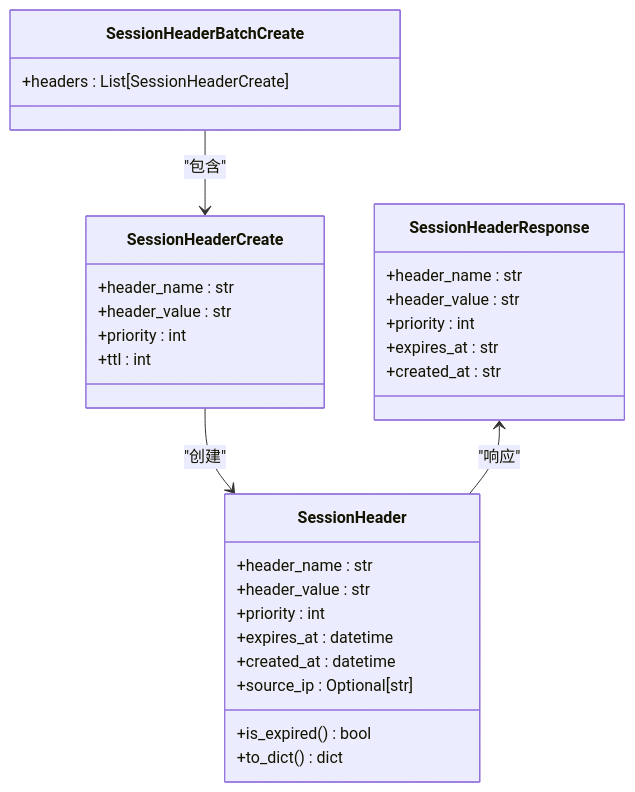
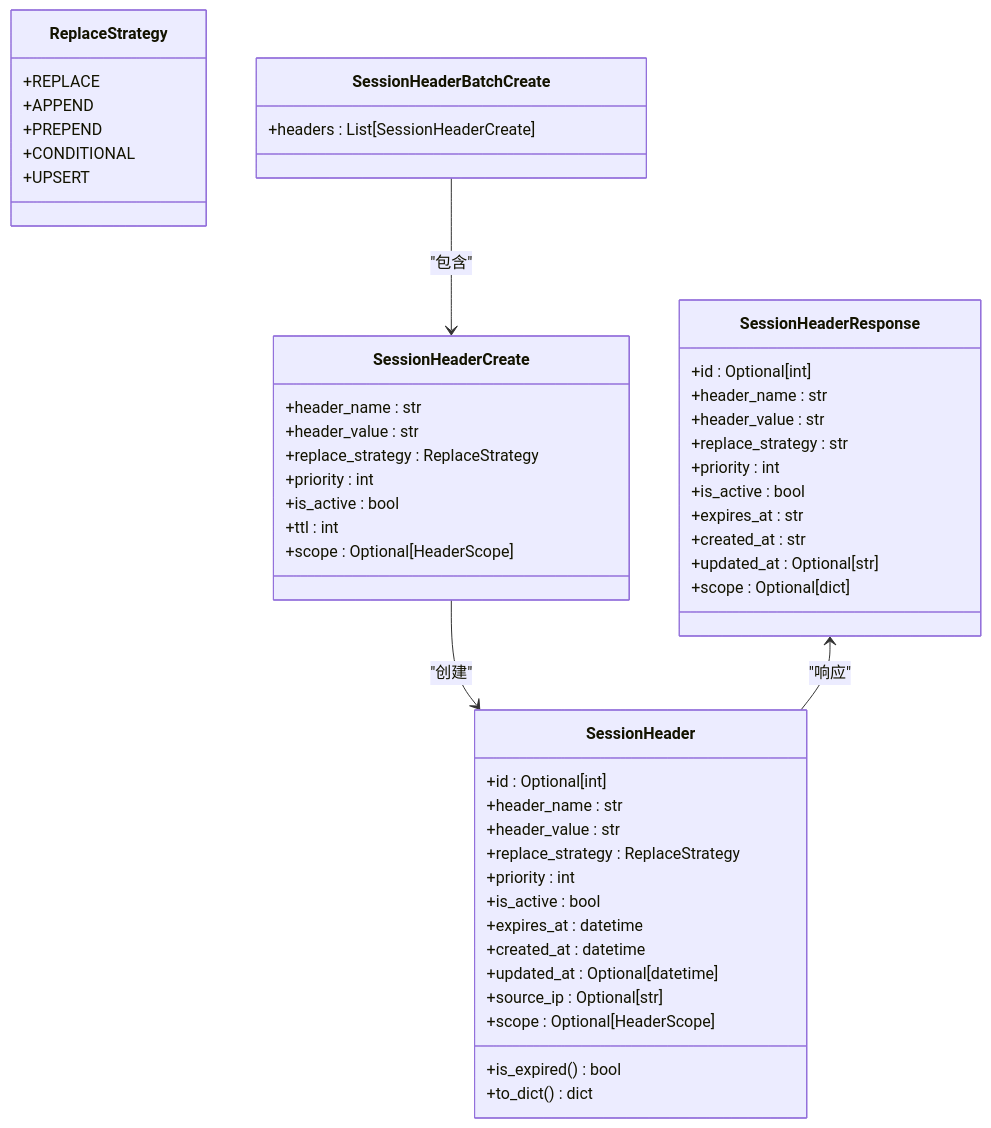
The first of 7 diagrams in .qoder/repowiki/zh/content/数据模型与数据库/会话头管理.md (GitHubNull/sqlmapWebUI), drawn with Mermaid before and after one commit. The commit also changed other lines of this file and 6 other files, not shown here.

First line of the commit message:
docs(documentation): 添加配置管理、任务选项命令行视图及Burp Suite相关文档

````diff
--- a/.qoder/repowiki/zh/content/数据模型与数据库/会话头管理.md
+++ b/.qoder/repowiki/zh/content/数据模型与数据库/会话头管理.md
@@ -69,32 +93,52 @@
 ```mermaid
 classDiagram
+class ReplaceStrategy {
++REPLACE
++APPEND
++PREPEND
++CONDITIONAL
++UPSERT
+}
 class SessionHeader {
++id : Optional[int]
 +header_name : str
 +header_value : str
++replace_strategy : ReplaceStrategy
 +priority : int
++is_active : bool
 +expires_at : datetime
 +created_at : datetime
++updated_at : Optional[datetime]
 +source_ip : Optional[str]
++scope : Optional[HeaderScope]
 +is_expired() bool
 +to_dict() dict
 }
 class SessionHeaderCreate {
 +header_name : str
 +header_value : str
++replace_strategy : ReplaceStrategy
 +priority : int
++is_active : bool
 +ttl : int
++scope : Optional[HeaderScope]
 }
 class SessionHeaderBatchCreate {
 +headers : List[SessionHeaderCreate]
 }
 class SessionHeaderResponse {
++id : Optional[int]
 +header_name : str
 +header_value : str
++replace_strategy : str
 +priority : int
++is_active : bool
 +expires_at : str
 +created_at : str
++updated_at : Optional[str]
++scope : Optional[dict]
 }
 SessionHeaderCreate --> SessionHeader : "创建"
 SessionHeaderBatchCreate --> SessionHeaderCreate : "包含"
 SessionHeaderResponse <-- SessionHeader : "响应"
 ```
````
